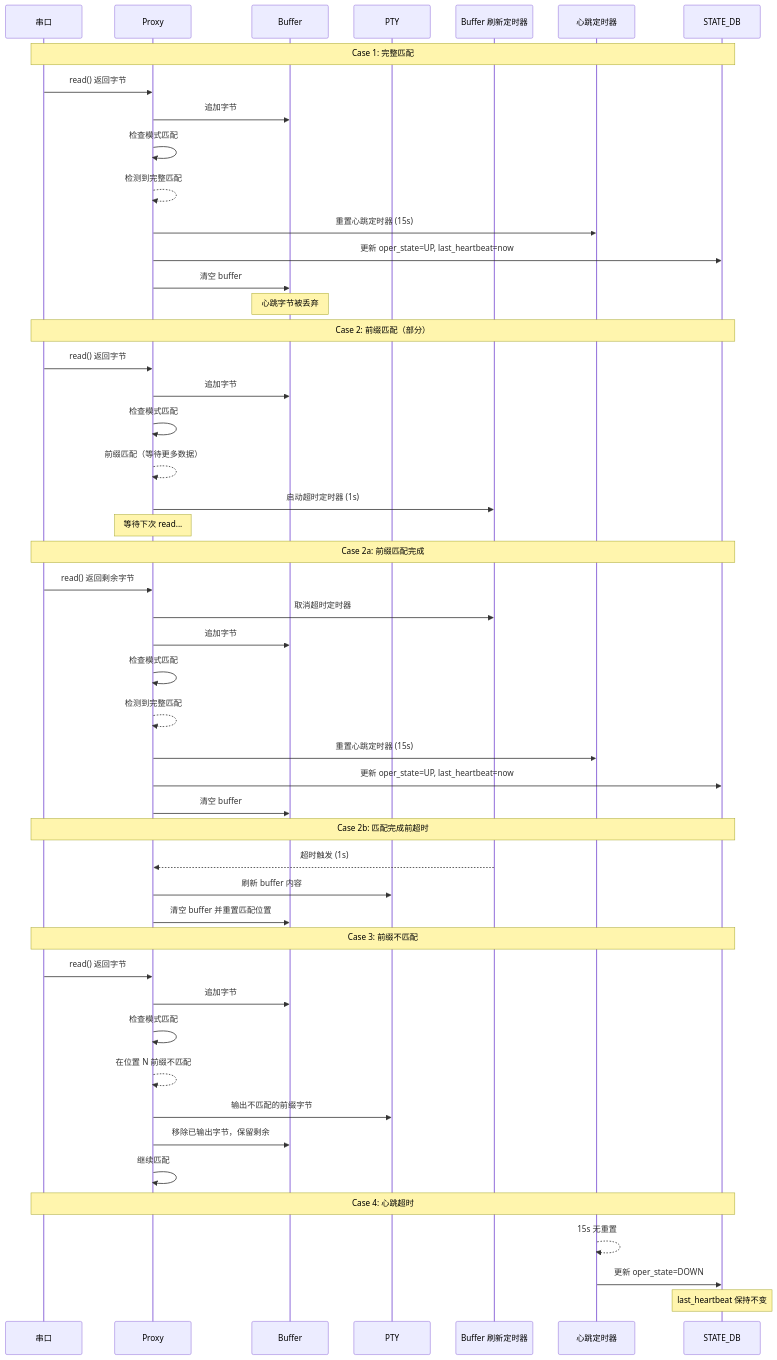
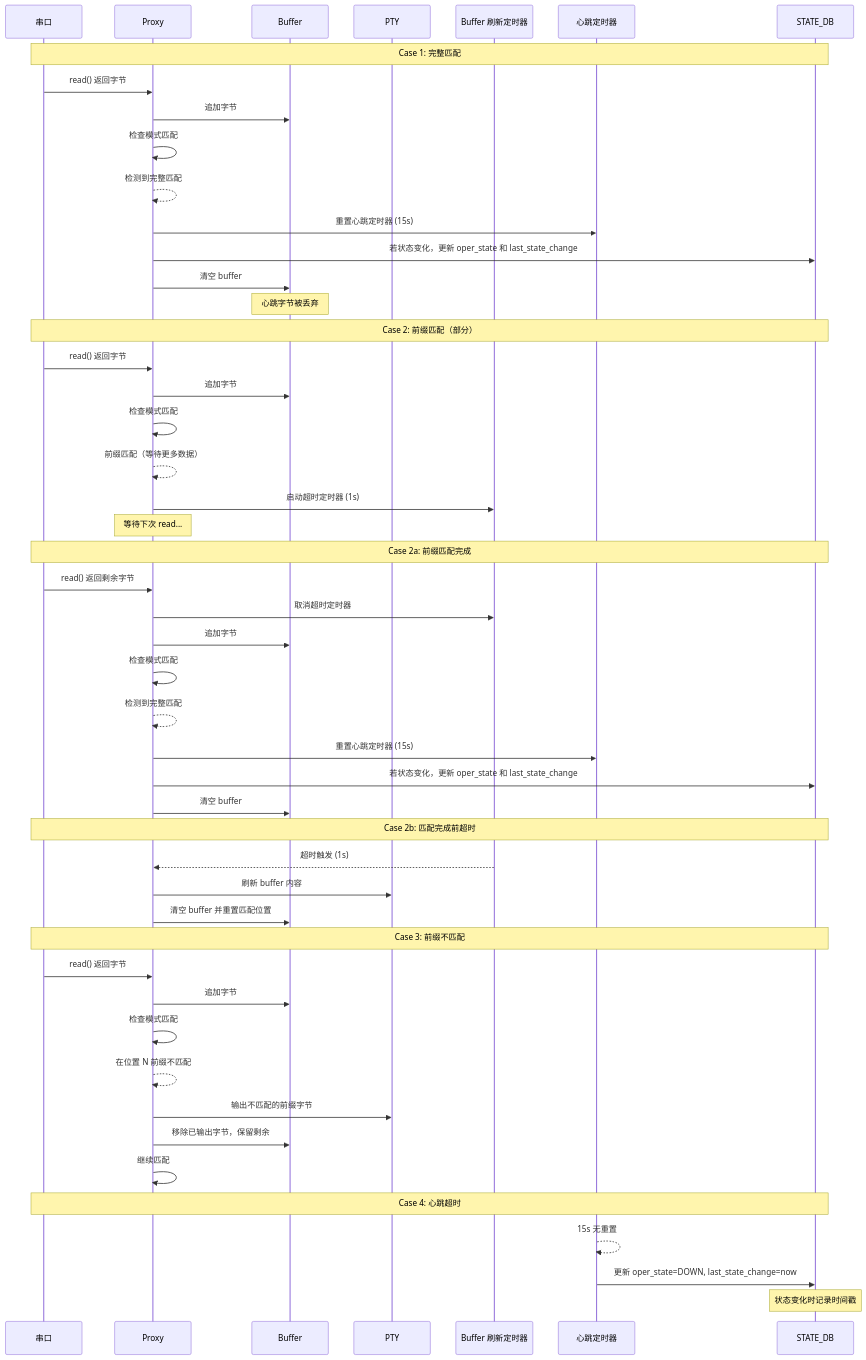
One commit to wiperi/consoled changed the fourth of 4 diagrams in docs/Console-Monitor-HLD-CN.md. Above: the diagram before and after it, drawn with Mermaid. The commit also changed other lines of this file and 3 other files, not shown here.

Commit message:
feat(dce): record last_state_change rather last_heartbeat

````diff
--- a/docs/Console-Monitor-HLD-CN.md
+++ b/docs/Console-Monitor-HLD-CN.md
@@ -586,57 +586,57 @@
 ```mermaid
 sequenceDiagram
     participant Serial as 串口
     participant Proxy
     participant Buffer
     participant PTY
     participant Timer as Buffer 刷新定时器
     participant HB as 心跳定时器
     participant Redis as STATE_DB
 
     Note over Serial,Redis: Case 1: 完整匹配
     Serial->>Proxy: read() 返回字节
     Proxy->>Buffer: 追加字节
     Proxy->>Proxy: 检查模式匹配
     Proxy-->>Proxy: 检测到完整匹配
     Proxy->>HB: 重置心跳定时器 (15s)
-    Proxy->>Redis: 更新 oper_state=UP, last_heartbeat=now
+    Proxy->>Redis: 若状态变化，更新 oper_state 和 last_state_change
     Proxy->>Buffer: 清空 buffer
     Note over Buffer: 心跳字节被丢弃
 
     Note over Serial,Redis: Case 2: 前缀匹配（部分）
     Serial->>Proxy: read() 返回字节
     Proxy->>Buffer: 追加字节
     Proxy->>Proxy: 检查模式匹配
     Proxy-->>Proxy: 前缀匹配（等待更多数据）
     Proxy->>Timer: 启动超时定时器 (1s)
     Note over Proxy: 等待下次 read...
 
     Note over Serial,Redis: Case 2a: 前缀匹配完成
     Serial->>Proxy: read() 返回剩余字节
     Proxy->>Timer: 取消超时定时器
     Proxy->>Buffer: 追加字节
     Proxy->>Proxy: 检查模式匹配
     Proxy-->>Proxy: 检测到完整匹配
     Proxy->>HB: 重置心跳定时器 (15s)
-    Proxy->>Redis: 更新 oper_state=UP, last_heartbeat=now
+    Proxy->>Redis: 若状态变化，更新 oper_state 和 last_state_change
     Proxy->>Buffer: 清空 buffer
 
     Note over Serial,Redis: Case 2b: 匹配完成前超时
     Timer-->>Proxy: 超时触发 (1s)
     Proxy->>PTY: 刷新 buffer 内容
     Proxy->>Buffer: 清空 buffer 并重置匹配位置
 
     Note over Serial,Redis: Case 3: 前缀不匹配
     Serial->>Proxy: read() 返回字节
     Proxy->>Buffer: 追加字节
     Proxy->>Proxy: 检查模式匹配
     Proxy-->>Proxy: 在位置 N 前缀不匹配
     Proxy->>PTY: 输出不匹配的前缀字节
     Proxy->>Buffer: 移除已输出字节，保留剩余
     Proxy->>Proxy: 继续匹配
 
     Note over Serial,Redis: Case 4: 心跳超时
     HB-->>HB: 15s 无重置
-    HB->>Redis: 更新 oper_state=DOWN
-    Note over Redis: last_heartbeat 保持不变
+    HB->>Redis: 更新 oper_state=DOWN, last_state_change=now
+    Note over Redis: 状态变化时记录时间戳
 ```
````
